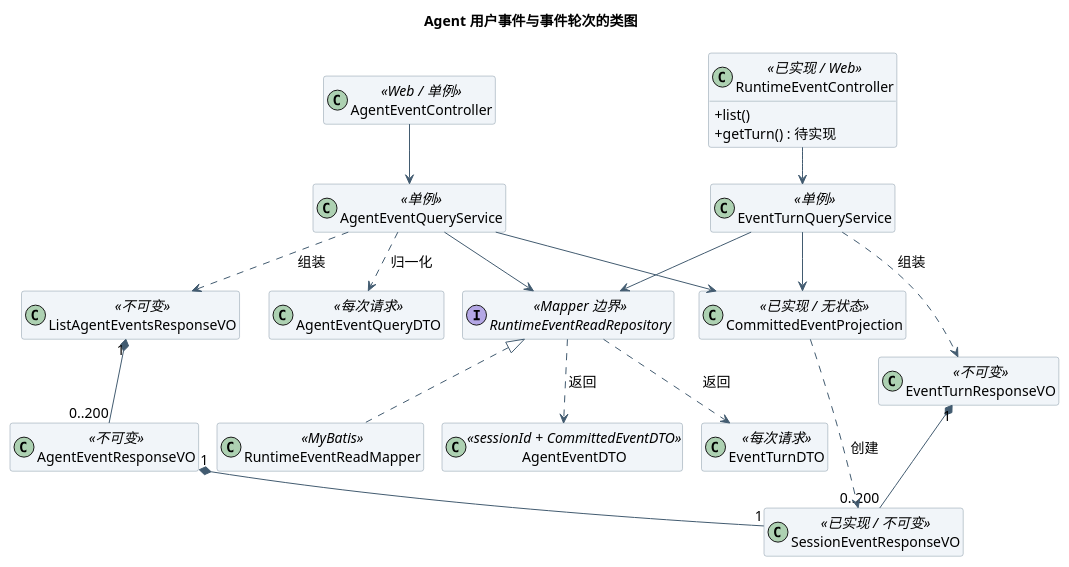
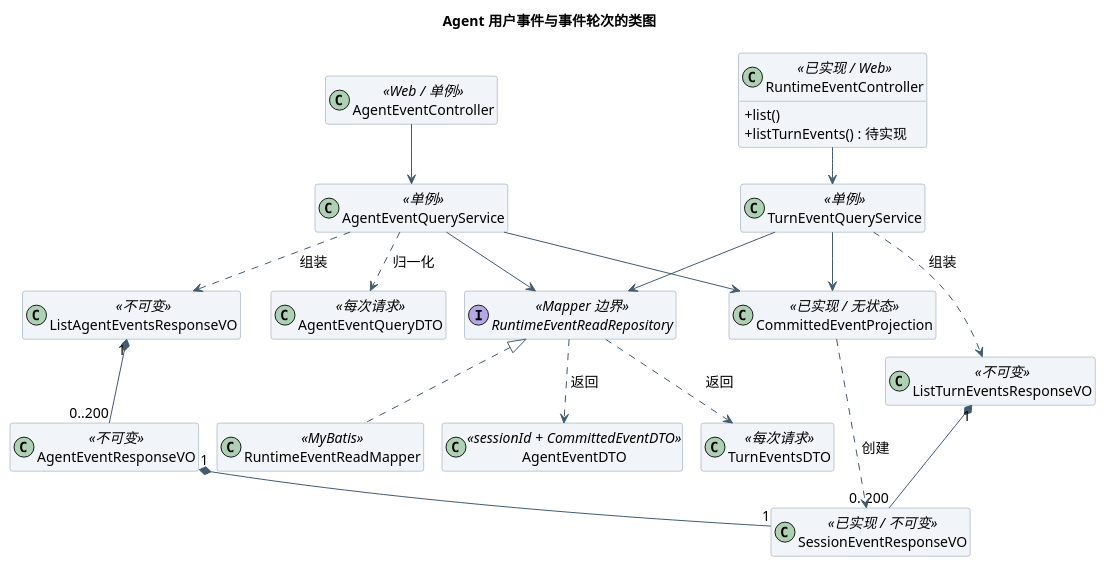
One commit to ssm0808/pi-mono-java-design changed the third of 3 diagrams in 01-总体架构/01-CampusClaw多Agent运行时/设计图/Agent用户事件查询/diagram.puml. Above: the diagram before and after it, drawn with PlantUML. The commit also changed other lines of this file and 5 other files, not shown here.

First line of the commit message:
第二个接口改名为 ListTurnEvents，响应去掉 rootEventId 与 finished

```diff
--- a/01-总体架构/01-CampusClaw多Agent运行时/设计图/Agent用户事件查询/diagram.puml
+++ b/01-总体架构/01-CampusClaw多Agent运行时/设计图/Agent用户事件查询/diagram.puml
@@ -103,53 +103,53 @@
 @startuml agent_user_events_classes
 ' 源码证据：pi-mono-java main 769e86592285f4a25b0febaf551eddea6bc7212c
 ' modules/coding-agent-cli/src/main/java/com/campusclaw/codingagent/runtimeapi/
 ' web/RuntimeEventController.java; event/CommittedEventQueryService.java
 ' event/CommittedEventProjection.java; persistence/MyBatisRuntimeSessionRepository.java:findEventPage
 ' vo/ListSessionEventsResponseVO.java; vo/SessionEventResponseVO.java
 ' 已观察行为：同一个无状态投影同时服务 GET 历史和 POST SSE 帧。
 ' 设计原因：新读取复用该投影；DTO 留在 Service 之下，VO 留在 Controller 层。
 !pragma layout smetana
 skinparam backgroundColor white
 skinparam defaultFontName SansSerif
 skinparam defaultFontSize 14
 skinparam shadowing false
 skinparam classAttributeIconSize 0
 skinparam ArrowColor #425B70
 skinparam classBackgroundColor #F1F5F9
 skinparam classBorderColor #8496A4
 hide empty members
 title Agent 用户事件与事件轮次的类图
 class "AgentEventController" as AgentWeb <<Web / 单例>>
 class "RuntimeEventController" as SessionWeb <<已实现 / Web>> {
   +list()
-  +getTurn() : 待实现
+  +listTurnEvents() : 待实现
 }
 class "AgentEventQueryService" as AgentSvc <<单例>>
-class "EventTurnQueryService" as TurnSvc <<单例>>
+class "TurnEventQueryService" as TurnSvc <<单例>>
 class "CommittedEventProjection" as Projection <<已实现 / 无状态>>
 interface "RuntimeEventReadRepository" as Repo <<Mapper 边界>>
 class "RuntimeEventReadMapper" as Mapper <<MyBatis>>
 class "AgentEventQueryDTO" as QueryDTO <<每次请求>>
 class "AgentEventDTO" as ItemDTO <<sessionId + CommittedEventDTO>>
-class "EventTurnDTO" as TurnDTO <<每次请求>>
+class "TurnEventsDTO" as TurnDTO <<每次请求>>
 class "ListAgentEventsResponseVO" as ListVO <<不可变>>
 class "AgentEventResponseVO" as ItemVO <<不可变>>
-class "EventTurnResponseVO" as TurnVO <<不可变>>
+class "ListTurnEventsResponseVO" as TurnVO <<不可变>>
 class "SessionEventResponseVO" as EventVO <<已实现 / 不可变>>
 AgentWeb --> AgentSvc
 SessionWeb --> TurnSvc
 AgentSvc --> Repo
 TurnSvc --> Repo
 AgentSvc --> Projection
 TurnSvc --> Projection
 Repo <|.. Mapper
 AgentSvc ..> QueryDTO : 归一化
 Repo ..> ItemDTO : 返回
 Repo ..> TurnDTO : 返回
 AgentSvc ..> ListVO : 组装
 TurnSvc ..> TurnVO : 组装
 ListVO "1" *-- "0..200" ItemVO
 ItemVO "1" *-- "1" EventVO
 TurnVO "1" *-- "0..200" EventVO
 Projection ..> EventVO : 创建
 @enduml
```
